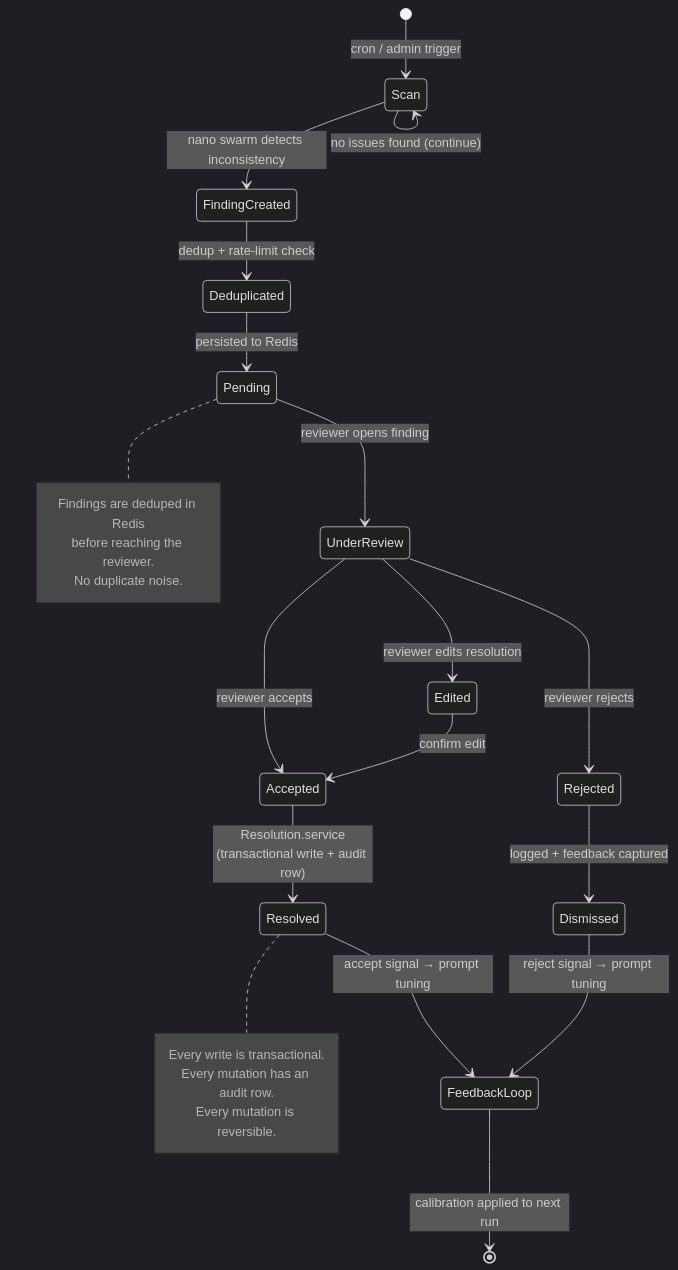
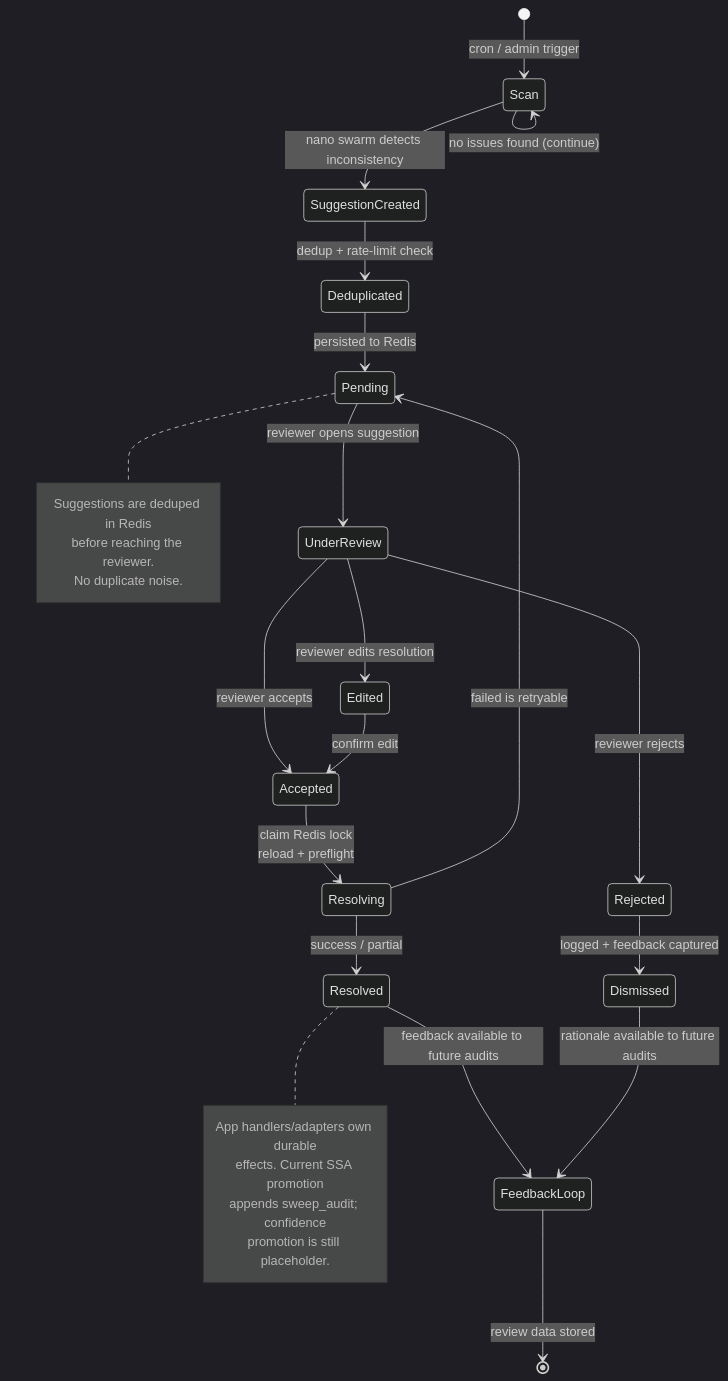
One commit to jeremienunez/thalamus-usecase-ssa- changed the diagram in docs/specs/architecture/figures/05-state-machine.mmd. Above: the diagram before and after it, drawn with Mermaid (dark theme). The commit also changed 68 other files, not shown here.

Commit message:
docs: refresh architecture specs and PDFs

```diff
--- a/docs/specs/architecture/figures/05-state-machine.mmd
+++ b/docs/specs/architecture/figures/05-state-machine.mmd
@@ -1,36 +1,39 @@
 stateDiagram-v2
     [*] --> Scan: cron / admin trigger
 
-    Scan --> FindingCreated: nano swarm detects inconsistency
+    Scan --> SuggestionCreated: nano swarm detects inconsistency
     Scan --> Scan: no issues found (continue)
 
-    FindingCreated --> Deduplicated: dedup + rate-limit check
+    SuggestionCreated --> Deduplicated: dedup + rate-limit check
     Deduplicated --> Pending: persisted to Redis
 
-    Pending --> UnderReview: reviewer opens finding
+    Pending --> UnderReview: reviewer opens suggestion
 
     UnderReview --> Accepted: reviewer accepts
     UnderReview --> Rejected: reviewer rejects
     UnderReview --> Edited: reviewer edits resolution
 
     Edited --> Accepted: confirm edit
 
-    Accepted --> Resolved: Resolution.service<br/>(transactional write + audit row)
+    Accepted --> Resolving: claim Redis lock<br/>reload + preflight
+    Resolving --> Resolved: success / partial
+    Resolving --> Pending: failed is retryable
     Rejected --> Dismissed: logged + feedback captured
 
-    Resolved --> FeedbackLoop: accept signal → prompt tuning
-    Dismissed --> FeedbackLoop: reject signal → prompt tuning
+    Resolved --> FeedbackLoop: feedback available to future audits
+    Dismissed --> FeedbackLoop: rationale available to future audits
 
-    FeedbackLoop --> [*]: calibration applied to next run
+    FeedbackLoop --> [*]: review data stored
 
     note right of Pending
-        Findings are deduped in Redis
+        Suggestions are deduped in Redis
         before reaching the reviewer.
         No duplicate noise.
     end note
 
     note right of Resolved
-        Every write is transactional.
-        Every mutation has an audit row.
-        Every mutation is reversible.
+        App handlers/adapters own durable
+        effects. Current SSA promotion
+        appends sweep_audit; confidence
+        promotion is still placeholder.
     end note
```
